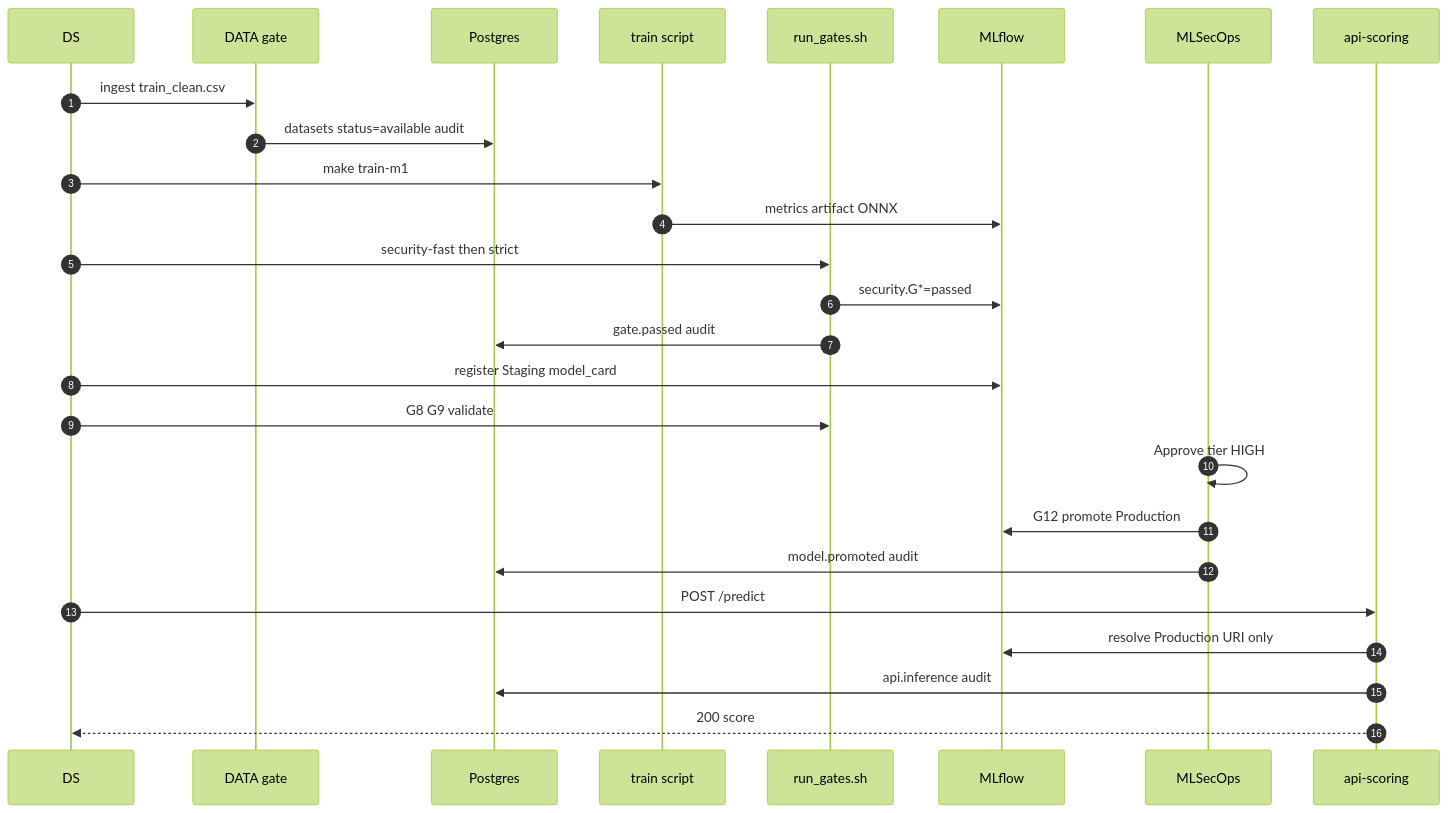
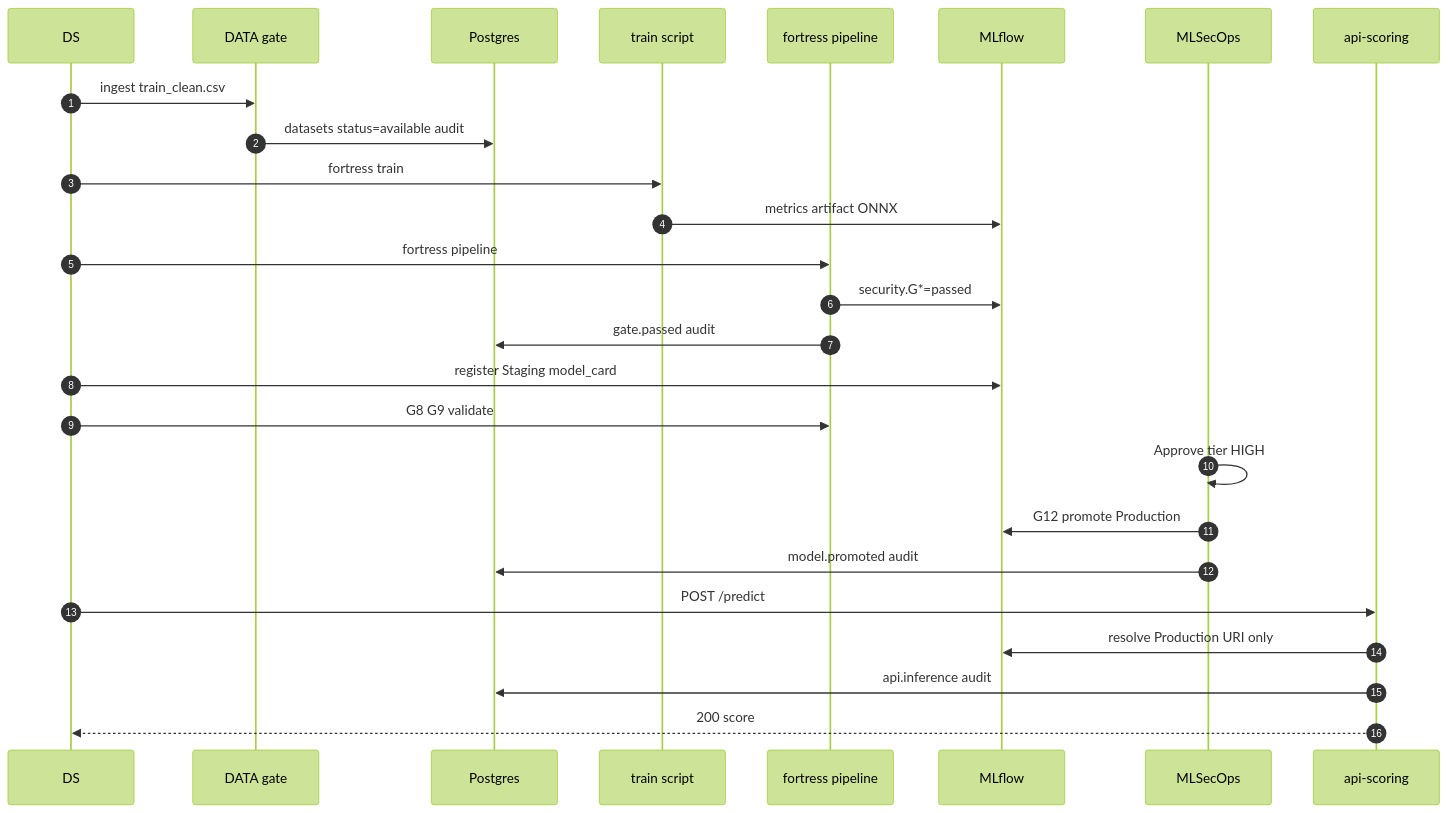
Before and after one commit to Ermakov764/Alfa_bank_MLSecOps: the sixth of 15 diagrams in docs/architecture_full.md, drawn with Mermaid (forest theme). The commit also changed other lines of this file and 10 other files, not shown here.

First line of the commit message:
docs: sync architecture and guides with current Docker stack

````diff
--- a/docs/architecture_full.md
+++ b/docs/architecture_full.md
@@ -309,29 +312,29 @@
 ```mermaid
 sequenceDiagram
   autonumber
   participant DS as DS
   participant DATA as DATA gate
   participant PG as Postgres
   participant TR as train script
-  participant CI as run_gates.sh
+  participant CI as fortress pipeline
   participant MLF as MLflow
   participant MSO as MLSecOps
   participant API as api-scoring
 
   DS->>DATA: ingest train_clean.csv
   DATA->>PG: datasets status=available audit
-  DS->>TR: make train-m1
+  DS->>TR: fortress train
   TR->>MLF: metrics artifact ONNX
-  DS->>CI: security-fast then strict
+  DS->>CI: fortress pipeline
   CI->>MLF: security.G*=passed
   CI->>PG: gate.passed audit
   DS->>MLF: register Staging model_card
   DS->>CI: G8 G9 validate
   MSO->>MSO: Approve tier HIGH
   MSO->>MLF: G12 promote Production
   MSO->>PG: model.promoted audit
   DS->>API: POST /predict
   API->>MLF: resolve Production URI only
   API->>PG: api.inference audit
   API-->>DS: 200 score
 ```
````
